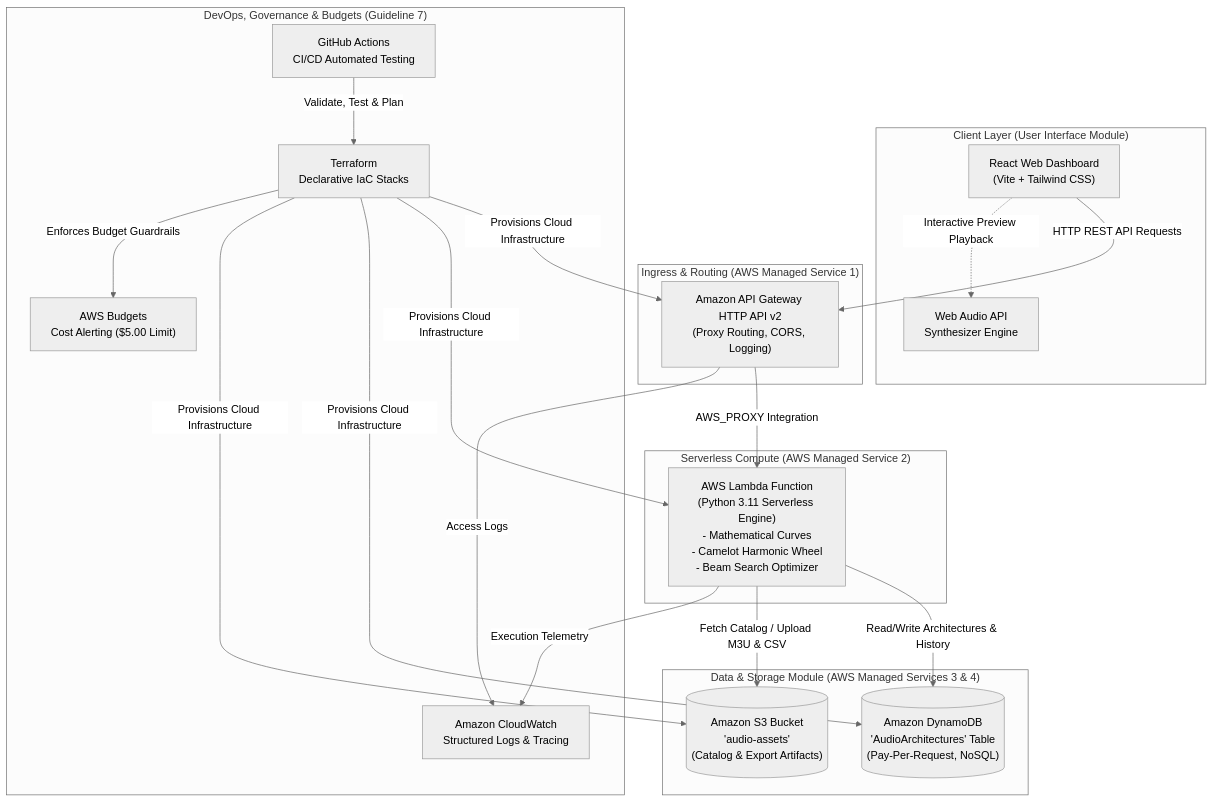
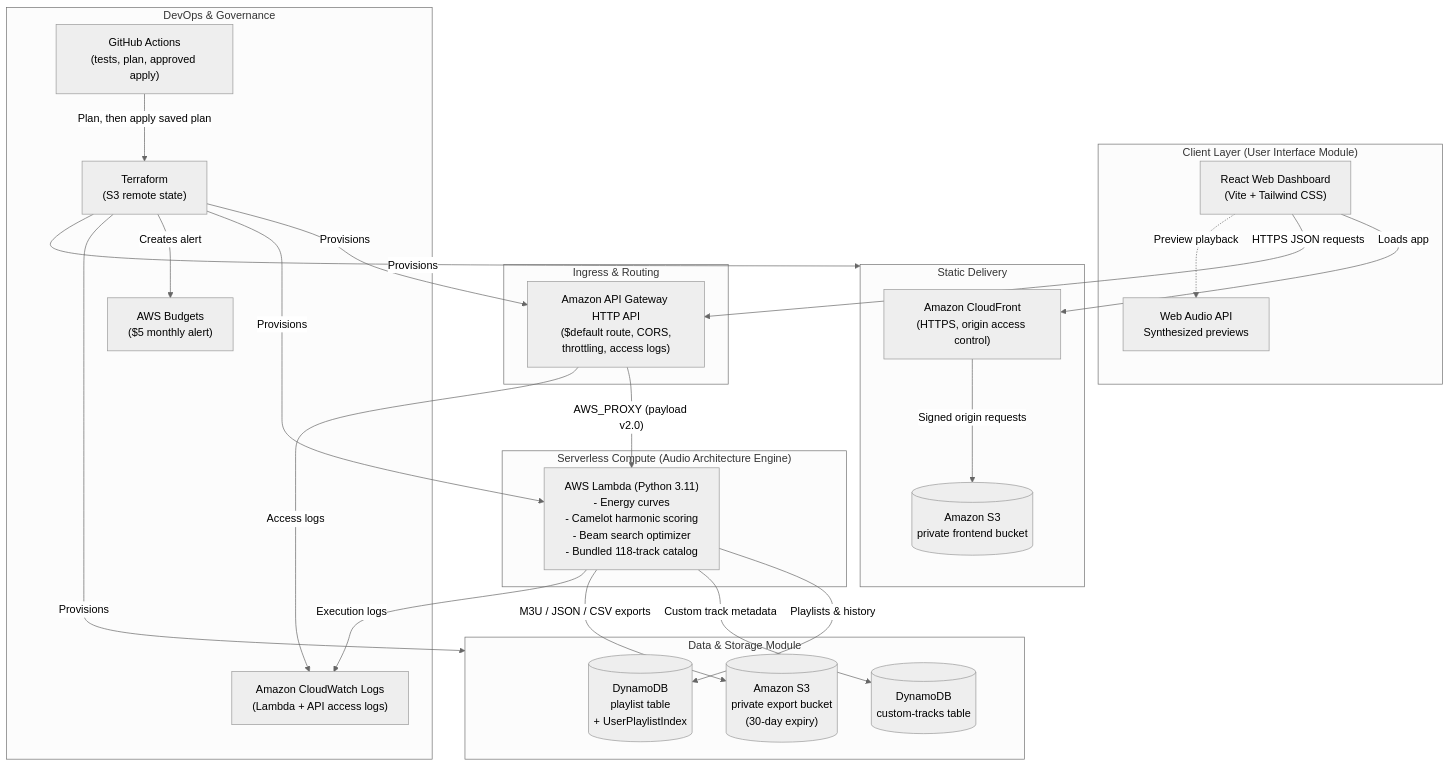
Before and after one commit to DipB3/Audio-Architecture-Playlist-Structuring-API: the first of 2 diagrams in docs/TECHNICAL_DESIGN_DOCUMENT.md, drawn with Mermaid (neutral theme). The commit also changed other lines of this file and 39 other files, not shown here.

````diff
--- a/docs/TECHNICAL_DESIGN_DOCUMENT.md
+++ b/docs/TECHNICAL_DESIGN_DOCUMENT.md
@@ -41,41 +46,50 @@
 ```mermaid
 flowchart TD
     subgraph ClientLayer ["Client Layer (User Interface Module)"]
         UI["React Web Dashboard\n(Vite + Tailwind CSS)"]
-        WebAudio["Web Audio API\nSynthesizer Engine"]
+        WebAudio["Web Audio API\nSynthesized previews"]
     end
 
-    subgraph IngressLayer ["Ingress & Routing (AWS Managed Service 1)"]
-        APIGW["Amazon API Gateway HTTP API v2\n(Proxy Routing, CORS, Logging)"]
+    subgraph EdgeLayer ["Static Delivery"]
+        CF["Amazon CloudFront\n(HTTPS, origin access control)"]
+        FrontendBucket[("Amazon S3\nprivate frontend bucket")]
     end
 
-    subgraph ComputeLayer ["Serverless Compute (AWS Managed Service 2)"]
-        Lambda["AWS Lambda Function\n(Python 3.11 Serverless Engine)\n- Mathematical Curves\n- Camelot Harmonic Wheel\n- Beam Search Optimizer"]
+    subgraph IngressLayer ["Ingress & Routing"]
+        APIGW["Amazon API Gateway HTTP API\n($default route, CORS,\nthrottling, access logs)"]
     end
 
-    subgraph StorageLayer ["Data & Storage Module (AWS Managed Services 3 & 4)"]
-        DynamoDB[("Amazon DynamoDB\n'AudioArchitectures' Table\n(Pay-Per-Request, NoSQL)")]
-        S3Bucket[("Amazon S3 Bucket\n'audio-assets'\n(Catalog & Export Artifacts)")]
+    subgraph ComputeLayer ["Serverless Compute (Audio Architecture Engine)"]
+        Lambda["AWS Lambda (Python 3.11)\n- Energy curves\n- Camelot harmonic scoring\n- Beam search optimizer\n- Bundled 118-track catalog"]
     end
 
-    subgraph DevOpsLayer ["DevOps, Governance & Budgets (Guideline 7)"]
-        CW["Amazon CloudWatch\nStructured Logs & Tracing"]
-        BudgetAlerts["AWS Budgets\nCost Alerting ($5.00 Limit)"]
-        GHActions["GitHub Actions\nCI/CD Automated Testing"]
-        Terraform["Terraform\nDeclarative IaC Stacks"]
+    subgraph StorageLayer ["Data & Storage Module"]
+        PlaylistTable[("DynamoDB\nplaylist table\n+ UserPlaylistIndex")]
+        CustomTable[("DynamoDB\ncustom-tracks table")]
+        ExportBucket[("Amazon S3\nprivate export bucket\n(30-day expiry)")]
     end
 
-    UI -->|"HTTP REST API Requests"| APIGW
-    APIGW -->|"AWS_PROXY Integration"| Lambda
-    Lambda -->|"Read/Write Architectures & History"| DynamoDB
-    Lambda -->|"Fetch Catalog / Upload M3U & CSV"| S3Bucket
-    Lambda -->|"Execution Telemetry"| CW
-    APIGW -->|"Access Logs"| CW
-    UI -.->|"Interactive Preview Playback"| WebAudio
-    GHActions -->|"Validate, Test & Plan"| Terraform
-    Terraform -->|"Provisions Cloud Infrastructure"| APIGW
-    Terraform -->|"Provisions Cloud Infrastructure"| Lambda
-    Terraform -->|"Provisions Cloud Infrastructure"| DynamoDB
-    Terraform -->|"Provisions Cloud Infrastructure"| S3Bucket
-    Terraform -->|"Enforces Budget Guardrails"| BudgetAlerts
+    subgraph DevOpsLayer ["DevOps & Governance"]
+        CW["Amazon CloudWatch Logs\n(Lambda + API access logs)"]
+        BudgetAlerts["AWS Budgets\n($5 monthly alert)"]
+        GHActions["GitHub Actions\n(tests, plan, approved apply)"]
+        Terraform["Terraform\n(S3 remote state)"]
+    end
+
+    UI -->|"Loads app"| CF
+    CF -->|"Signed origin requests"| FrontendBucket
+    UI -->|"HTTPS JSON requests"| APIGW
+    APIGW -->|"AWS_PROXY (payload v2.0)"| Lambda
+    Lambda -->|"Playlists & history"| PlaylistTable
+    Lambda -->|"Custom track metadata"| CustomTable
+    Lambda -->|"M3U / JSON / CSV exports"| ExportBucket
+    Lambda -->|"Execution logs"| CW
+    APIGW -->|"Access logs"| CW
+    UI -.->|"Preview playback"| WebAudio
+    GHActions -->|"Plan, then apply saved plan"| Terraform
+    Terraform -->|"Provisions"| APIGW
+    Terraform -->|"Provisions"| Lambda
+    Terraform -->|"Provisions"| StorageLayer
+    Terraform -->|"Provisions"| EdgeLayer
+    Terraform -->|"Creates alert"| BudgetAlerts
 ```
````
